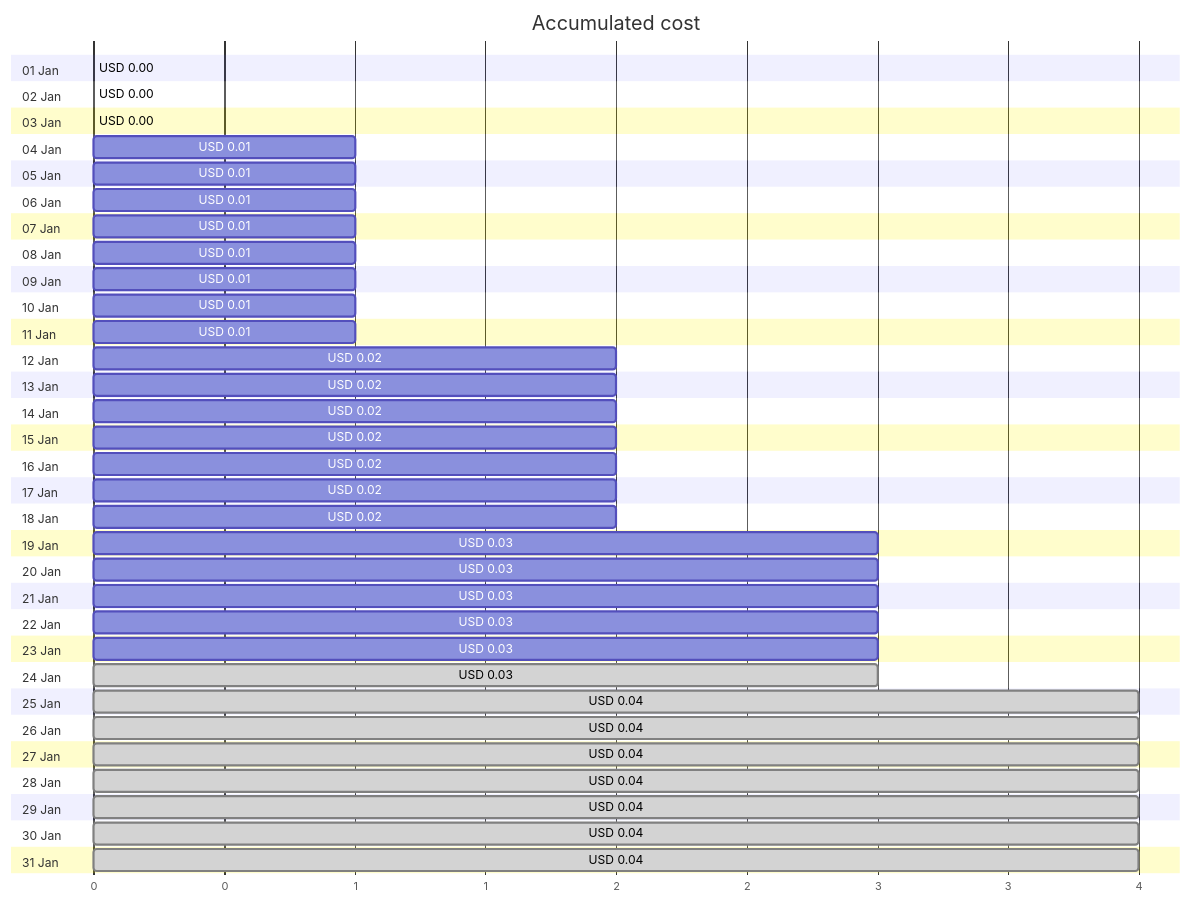
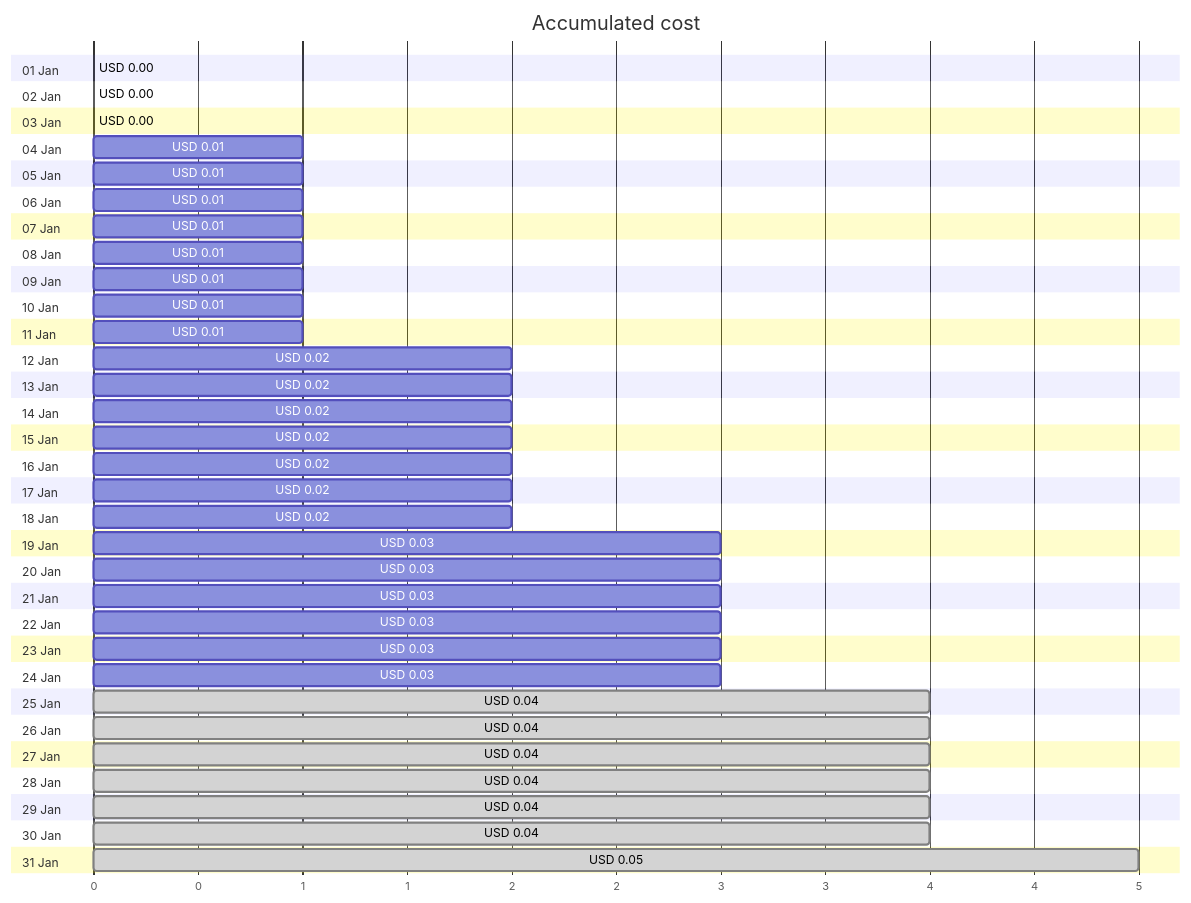
The first of 4 diagrams in cost-reports/personal-site/personalsiteapistorage.md (jpfulton/azure-personal-reports), drawn with Mermaid before and after one commit. The commit also changed other lines of this file and 6 other files, not shown here.

````diff
--- a/cost-reports/personal-site/personalsiteapistorage.md
+++ b/cost-reports/personal-site/personalsiteapistorage.md
@@ -20,68 +20,68 @@
 ```mermaid
 gantt
    title Accumulated cost
    dateFormat  X
    axisFormat %s
    section 01 Jan
    USD 0.00 :0, 0
    section 02 Jan
    USD 0.00 :0, 0
    section 03 Jan
    USD 0.00 :0, 0
    section 04 Jan
    USD 0.01 :0, 1
    section 05 Jan
    USD 0.01 :0, 1
    section 06 Jan
    USD 0.01 :0, 1
    section 07 Jan
    USD 0.01 :0, 1
    section 08 Jan
    USD 0.01 :0, 1
    section 09 Jan
    USD 0.01 :0, 1
    section 10 Jan
    USD 0.01 :0, 1
    section 11 Jan
    USD 0.01 :0, 1
    section 12 Jan
    USD 0.02 :0, 2
    section 13 Jan
    USD 0.02 :0, 2
    section 14 Jan
    USD 0.02 :0, 2
    section 15 Jan
    USD 0.02 :0, 2
    section 16 Jan
    USD 0.02 :0, 2
    section 17 Jan
    USD 0.02 :0, 2
    section 18 Jan
    USD 0.02 :0, 2
    section 19 Jan
    USD 0.03 :0, 3
    section 20 Jan
    USD 0.03 :0, 3
    section 21 Jan
    USD 0.03 :0, 3
    section 22 Jan
    USD 0.03 :0, 3
    section 23 Jan
    USD 0.03 :0, 3
    section 24 Jan
-   USD 0.03 : done, 0, 3
+   USD 0.03 :0, 3
    section 25 Jan
    USD 0.04 : done, 0, 4
    section 26 Jan
    USD 0.04 : done, 0, 4
    section 27 Jan
    USD 0.04 : done, 0, 4
    section 28 Jan
    USD 0.04 : done, 0, 4
    section 29 Jan
    USD 0.04 : done, 0, 4
    section 30 Jan
    USD 0.04 : done, 0, 4
    section 31 Jan
-   USD 0.04 : done, 0, 4
+   USD 0.05 : done, 0, 5
 ```
````
